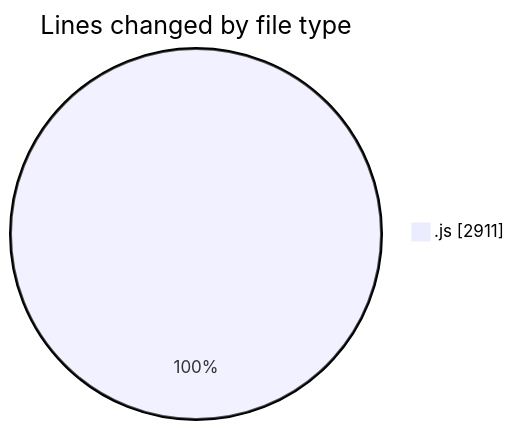
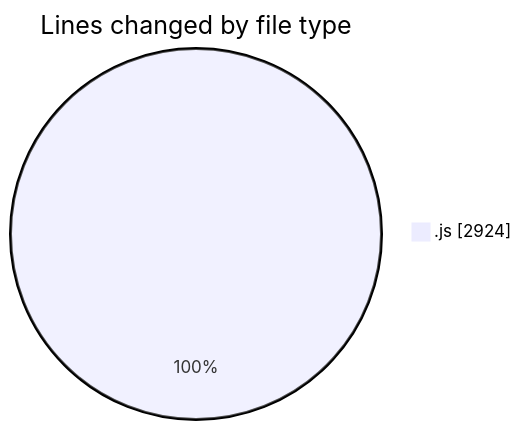
The first of 2 diagrams in 2025-09-08/cashcalculator/README.md (nxtqubesakshisongat/code-tracking), drawn with Mermaid before and after one commit. The commit also changed other lines of this file and 1 other file, not shown here.

````diff
--- a/2025-09-08/cashcalculator/README.md
+++ b/2025-09-08/cashcalculator/README.md
@@ -20,5 +20,5 @@
 ```mermaid
 pie showData
 title Lines changed by file type
-".js" : 2911
+".js" : 2924
 ```
````
